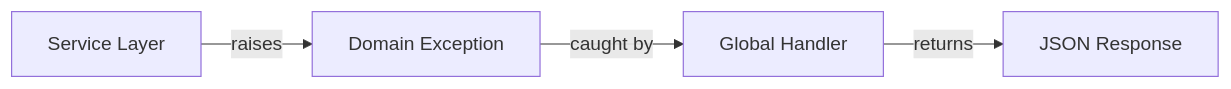
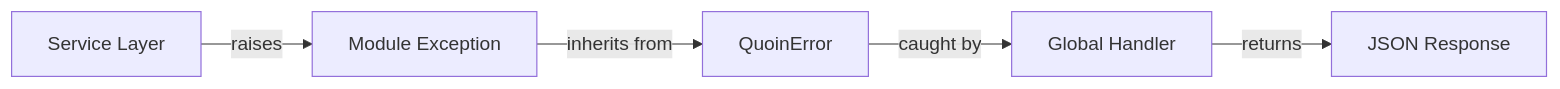
One commit to balakmran/fastapi-backend changed the diagram in docs/guides/error-handling.md. Above: the diagram before and after it, drawn with Mermaid. The commit also changed other lines of this file and 23 other files, not shown here.

````diff
--- a/docs/guides/error-handling.md
+++ b/docs/guides/error-handling.md
@@ -16,6 +11,7 @@
 ```mermaid
 graph LR
-    A[Service Layer] -->|raises| B[Domain Exception]
-    B -->|caught by| C[Global Handler]
-    C -->|returns| D[JSON Response]
+    A[Service Layer] -->|raises| B[Module Exception]
+    B -->|inherits from| C[QuoinError]
+    C -->|caught by| D[Global Handler]
+    D -->|returns| E[JSON Response]
 ```
````
